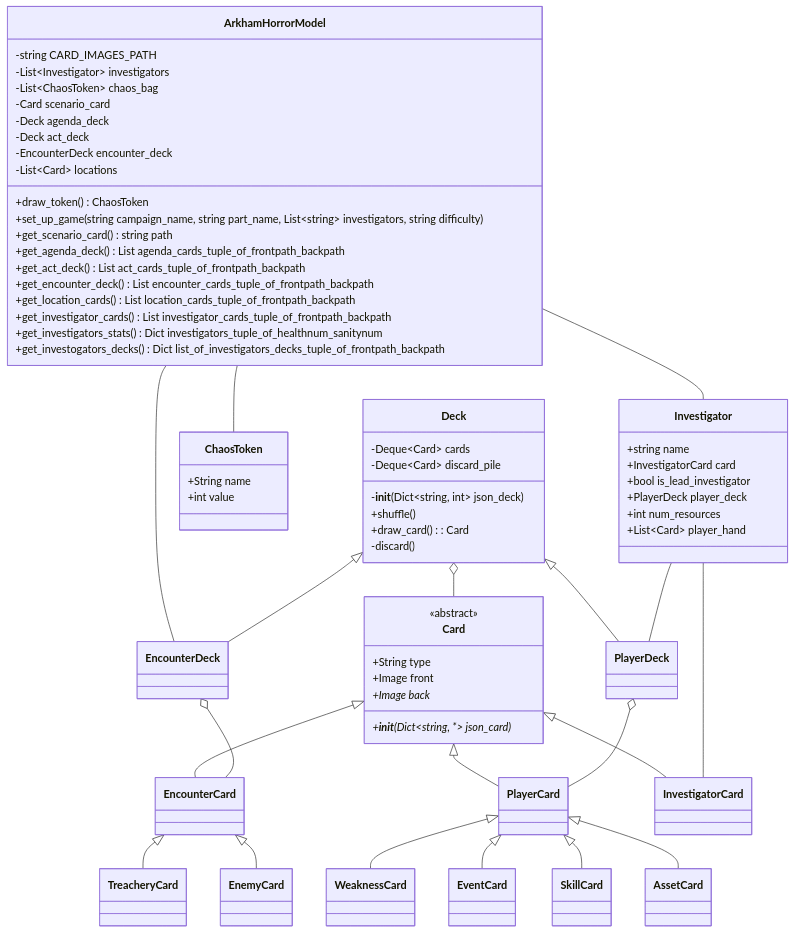
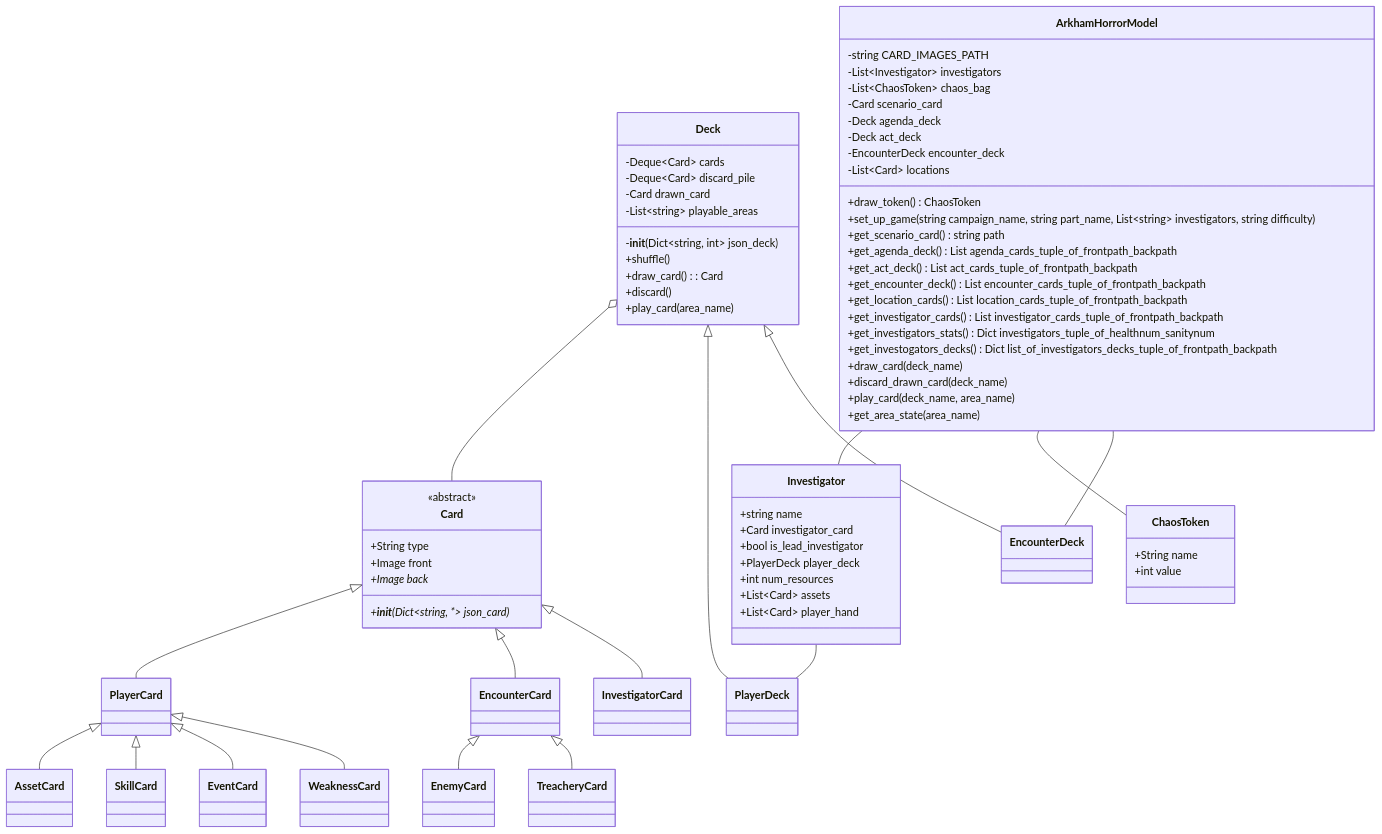
The second of 9 diagrams in design.md (alexcwarren/arkham-horror), drawn with Mermaid before and after one commit. The commit also changed other lines of this file, not shown here.

Commit message:
Update header levels; Add "Draw Card", "Discard", & "Play" sequence diagrams; Add new class functionality

````diff
--- a/design.md
+++ b/design.md
@@ -20,81 +24,80 @@
 ```mermaid
 classDiagram
     ArkhamHorrorModel -- Investigator
     ArkhamHorrorModel -- ChaosToken
     ArkhamHorrorModel -- EncounterDeck
     class ArkhamHorrorModel{
         -string CARD_IMAGES_PATH
         -List~Investigator~ investigators
         -List~ChaosToken~ chaos_bag
         +draw_token() ChaosToken
         -Card scenario_card
         -Deck agenda_deck
         -Deck act_deck
         -EncounterDeck encounter_deck
         -List~Card~ locations
         +set_up_game(string campaign_name, string part_name, List~string~ investigators, string difficulty)
         +get_scenario_card() string path
         +get_agenda_deck() List agenda_cards_tuple_of_frontpath_backpath
         +get_act_deck() List act_cards_tuple_of_frontpath_backpath
         +get_encounter_deck() List encounter_cards_tuple_of_frontpath_backpath
         +get_location_cards() List location_cards_tuple_of_frontpath_backpath
         +get_investigator_cards() List investigator_cards_tuple_of_frontpath_backpath
         +get_investigators_stats() Dict investigators_tuple_of_healthnum_sanitynum
         +get_investogators_decks() Dict list_of_investigators_decks_tuple_of_frontpath_backpath
+        +draw_card(deck_name)
+        +discard_drawn_card(deck_name)
+        +play_card(deck_name, area_name)
+        +get_area_state(area_name)
     }
     
     Card <|-- PlayerCard
     Card <|-- EncounterCard
     Card <|-- InvestigatorCard
     class Card{
         <<abstract>>
         +String type
         +Image front
         +Image back*
         +__init__(Dict~string, *~ json_card)*
     }
     
     PlayerCard <|-- AssetCard
     PlayerCard <|-- SkillCard
     PlayerCard <|-- EventCard
     PlayerCard <|-- WeaknessCard
     
     EncounterCard <|-- EnemyCard
     EncounterCard <|-- TreacheryCard
     
     Deck o-- Card
     Deck <|-- PlayerDeck
     Deck <|-- EncounterDeck
     class Deck{
         -Deque~Card~ cards
         -Deque~Card~ discard_pile
+        -Card drawn_card
+        -List~string~ playable_areas
         -__init__(Dict~string, int~ json_deck)
         +shuffle()
         +draw_card(): Card
-        -discard()
-    }
-    
-    PlayerDeck o-- PlayerCard
-    class PlayerDeck{
-    }
-    
-    EncounterDeck o-- EncounterCard
-    class EncounterDeck{
+        +discard()
+        +play_card(area_name)
     }
     
     class ChaosToken{
         +String name
         +int value
     }
 
-    Investigator -- InvestigatorCard
     Investigator -- PlayerDeck
     class Investigator{
         +string name
-        +InvestigatorCard card
+        +Card investigator_card
         +bool is_lead_investigator
         +PlayerDeck player_deck
         +int num_resources
+        +List~Card~ assets
         +List~Card~ player_hand
     }
 ```
````
